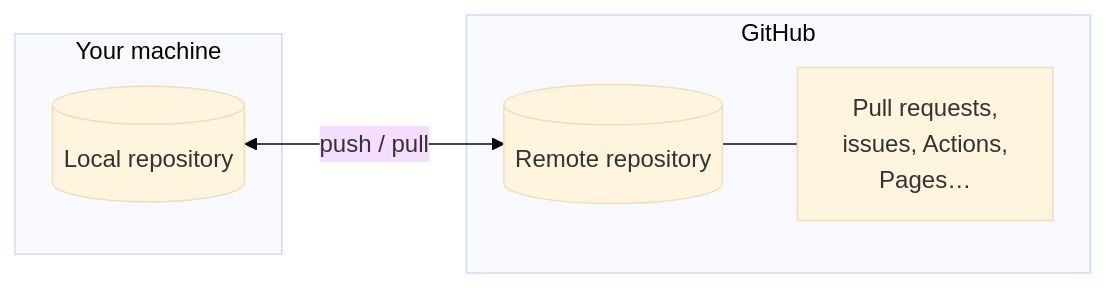
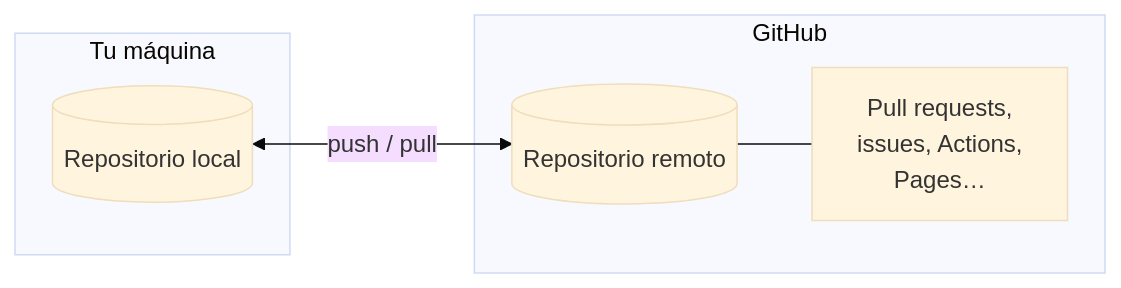
Before and after one commit to jparisu/nim-arena: the diagram in docs/guide/github/github.md, drawn with Mermaid (base theme). The commit also changed other lines of this file and 159 other files, not shown here.

````diff
--- a/docs/guide/github/github.md
+++ b/docs/guide/github/github.md
@@ -25,12 +24,12 @@
 ```mermaid
 flowchart LR
-    subgraph Your machine
-        L[(Local repository)]
+    subgraph Tu máquina
+        L[(Repositorio local)]
     end
     subgraph GitHub
-        R[(Remote repository)]
+        R[(Repositorio remoto)]
         UI["Pull requests,<br/>issues, Actions,<br/>Pages…"]
         R --- UI
     end
     L <-->|push / pull| R
 ```
````
